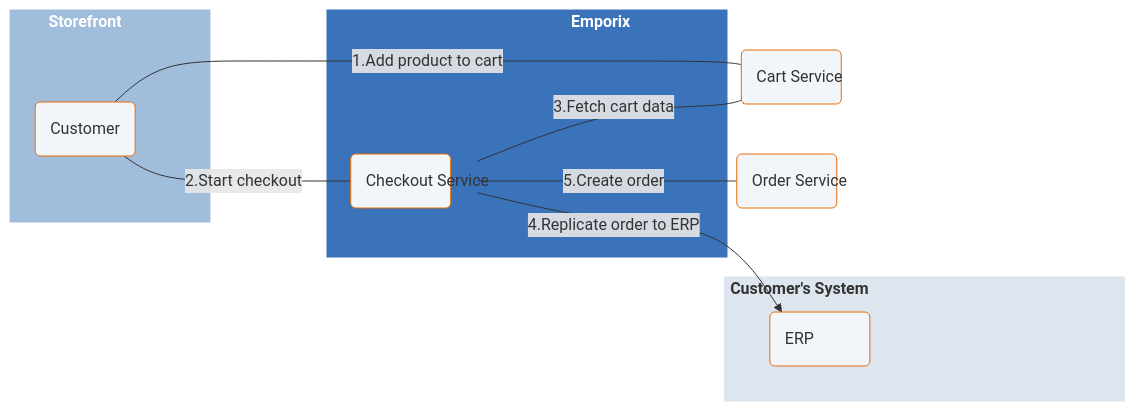
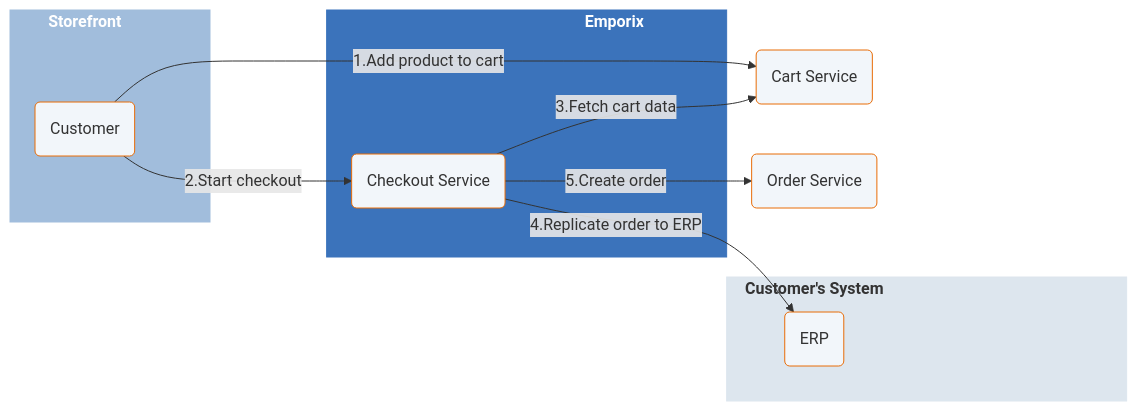
Before and after one commit to emporix/api-references: the first of 3 diagrams in orders/order/order.md, drawn with Mermaid. The commit also changed other lines of this file, not shown here.

Commit message:
Diagram size test

````diff
--- a/orders/order/order.md
+++ b/orders/order/order.md
@@ -34,45 +34,45 @@
 ```mermaid
 ---
 config:
   layout: fixed
   theme: default
   look: classic
   font-family: Lato, sans-serif
 ---
 flowchart LR
  subgraph subGraph0["`**Storefront**`"]
         A["Customer"]
   end
  subgraph subGraph1["`**Emporix**`"]
         CS["Cart Service"]
         CHK["Checkout Service"]
         OS["Order Service"]
   end
  subgraph subGraph2["`**Customer's System**`"]
         ERP["ERP"]
   end
     A -- "1.Add product to cart" --> CS
     A -- "2.Start checkout" --> CHK
     CHK -- "3.Fetch cart data" --> CS
     CHK -- "4.Replicate order to ERP" --> ERP
     CHK -- "5.Create order" --> OS
     A@{ shape: rounded}
     CS@{ shape: rounded}
     CHK@{ shape: rounded}
     OS@{ shape: rounded}
     ERP@{ shape: rounded}
      A:::Class_04
      CS:::Class_04
      CHK:::Class_04
      ERP:::Class_04
      OS:::Class_04
      subGraph1:::Class_03
      subGraph0:::Class_01
      subGraph2:::Class_02
     classDef Class_02 stroke-width:1px, stroke-dasharray: 0, stroke:#DDE6EE, fill:#DDE6EE, width:400px
     classDef Class_01 stroke-width:1px, stroke-dasharray: 0, stroke:#A1BDDC, fill:#A1BDDC, width:200px
     classDef Class_03 stroke-width:1px, stroke-dasharray: 0, stroke:#3b73bb, fill:#3b73bb, width:400px
-    classDef Class_04 fill:#F2F6FA, stroke:#E86C07, width:100px
+    classDef Class_04 fill:#F2F6FA, stroke:#E86C07, 
     style subGraph0 color:#FFFFFF
     style subGraph1 color:#FFFFFF
 ```
````
